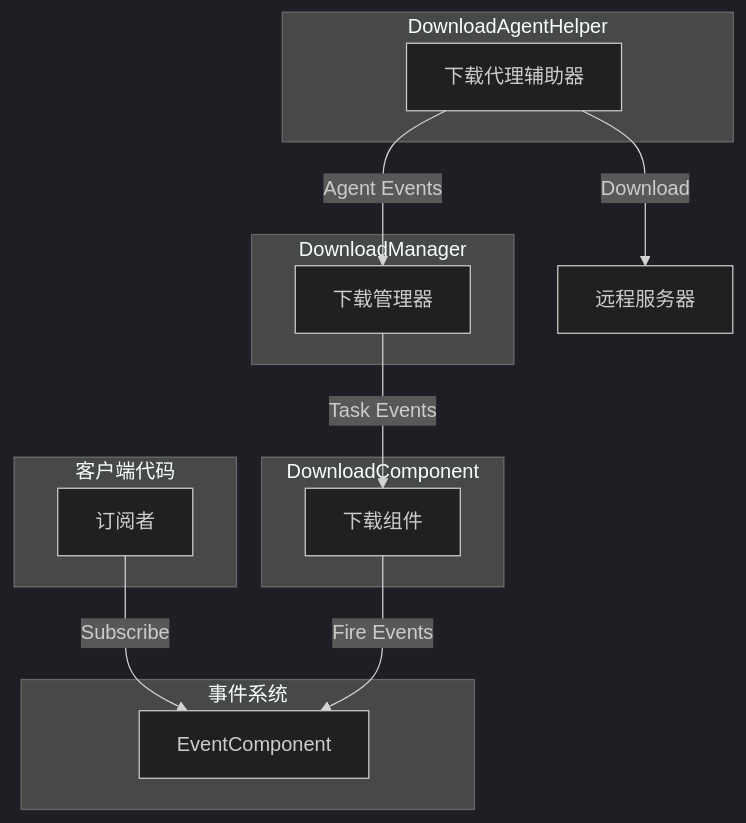
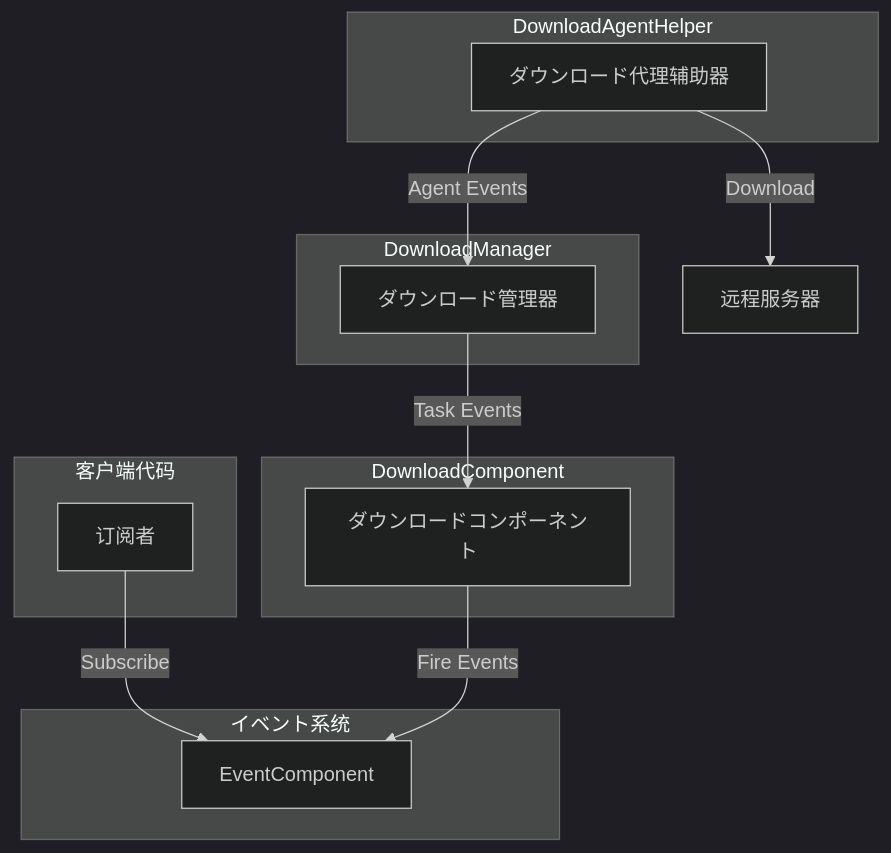
One commit to AlianBlank/GameFrameX.Docs changed the first of 2 diagrams in docs/ja/client/unity/component/download/11.download-events.md. Above: the diagram before and after it, drawn with Mermaid (dark theme). The commit also changed other lines of this file and 603 other files, not shown here.

````diff
--- a/docs/ja/client/unity/component/download/11.download-events.md
+++ b/docs/ja/client/unity/component/download/11.download-events.md
@@ -18,28 +18,28 @@
 ```mermaid
 flowchart TD
     subgraph Client["客户端代码"]
         Subscriber[订阅者]
     end
 
     subgraph DownloadComponent["DownloadComponent"]
-        DC[下载组件]
+        DC[ダウンロードコンポーネント]
     end
 
-    subgraph EventSystem["事件系统"]
+    subgraph EventSystem["イベント系统"]
         EC[EventComponent]
     end
 
     subgraph DownloadManager["DownloadManager"]
-        DM[下载管理器]
+        DM[ダウンロード管理器]
     end
 
     subgraph DownloadAgent["DownloadAgentHelper"]
-        DA[下载代理辅助器]
+        DA[ダウンロード代理辅助器]
     end
 
     Subscriber -->|"Subscribe"| EC
     DC -->|"Fire Events"| EC
     DM -->|"Task Events"| DC
     DA -->|"Agent Events"| DM
     DA -->|"Download"| Server[远程服务器]
 ```
````
